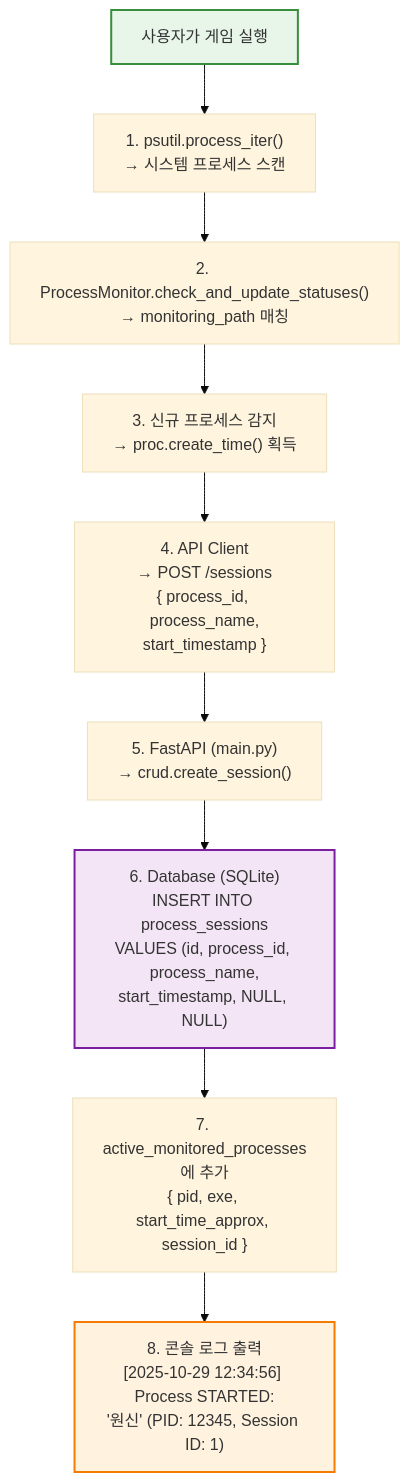
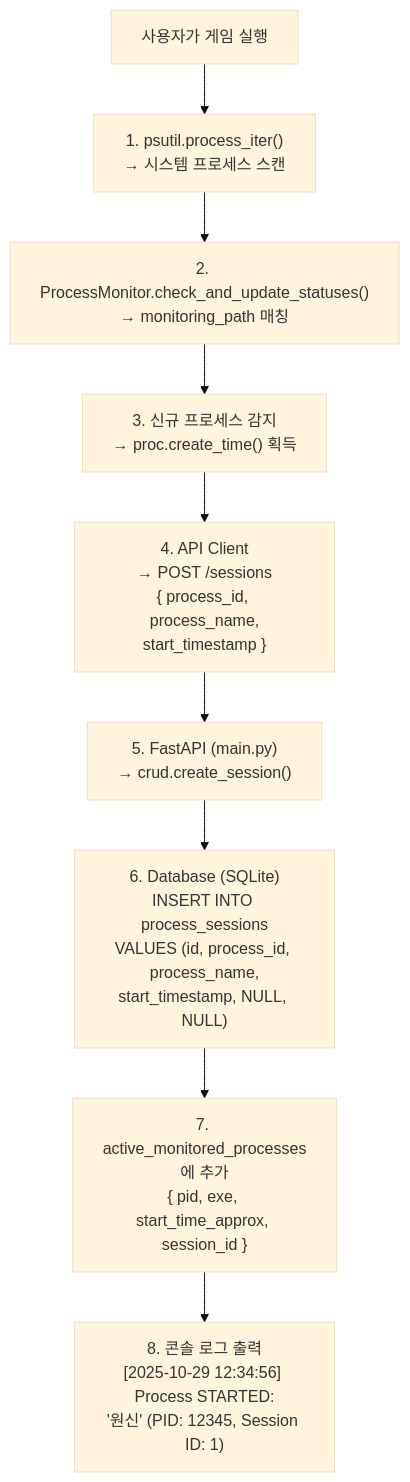
One commit to lsh930309/HomeworkHelperServer changed the fifth of 7 diagrams in docs/architecture.md. Above: the diagram before and after it, drawn with Mermaid (base theme). The commit also changed other lines of this file and 4 other files, not shown here.

First line of the commit message:
docs: 문서 통합 정리 및 Mermaid 다이어그램 개선

````diff
--- a/docs/architecture.md
+++ b/docs/architecture.md
@@ -587,15 +574,11 @@
 ```mermaid
 flowchart TD
     Start["사용자가 게임 실행"] --> Step1["1. psutil.process_iter()<br/>→ 시스템 프로세스 스캔"]
     Step1 --> Step2["2. ProcessMonitor.check_and_update_statuses()<br/>→ monitoring_path 매칭"]
     Step2 --> Step3["3. 신규 프로세스 감지<br/>→ proc.create_time() 획득"]
     Step3 --> Step4["4. API Client<br/>→ POST /sessions<br/>{ process_id, process_name,<br/>start_timestamp }"]
     Step4 --> Step5["5. FastAPI (main.py)<br/>→ crud.create_session()"]
     Step5 --> Step6["6. Database (SQLite)<br/>INSERT INTO process_sessions<br/>VALUES (id, process_id, process_name,<br/>start_timestamp, NULL, NULL)"]
     Step6 --> Step7["7. active_monitored_processes에 추가<br/>{ pid, exe, start_time_approx, session_id }"]
     Step7 --> Step8["8. 콘솔 로그 출력<br/>[2025-10-29 12:34:56] Process STARTED:<br/>'원신' (PID: 12345, Session ID: 1)"]
-
-    style Start fill:#e8f5e9,stroke:#388e3c,stroke-width:2px
-    style Step6 fill:#f3e5f5,stroke:#7b1fa2,stroke-width:2px
-    style Step8 fill:#fff3e0,stroke:#f57c00,stroke-width:2px
 ```
````
